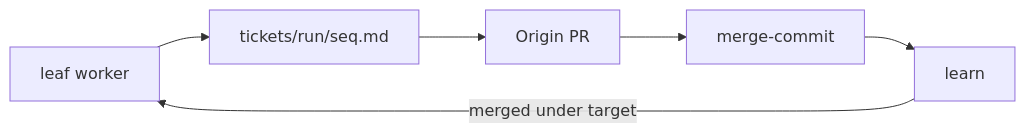
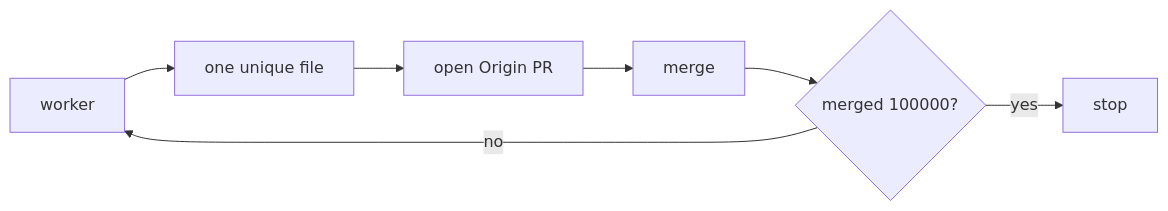
Before and after one commit to ranjan2829/Alpha-throttle-test: the second of 2 diagrams in README.md, drawn with Mermaid. The commit also changed other lines of this file and 1 other file, not shown here.

Commit message:
Put the live Origin stats table on the homepage

````diff
--- a/README.md
+++ b/README.md
@@ -45,8 +36,9 @@
 ```mermaid
 flowchart LR
-  W[leaf worker] --> F["tickets/run/seq.md"]
-  F --> PR[Origin PR]
-  PR --> M[merge-commit]
-  M --> L[learn]
-  L -->|merged under target| W
+  W[worker] --> F[one unique file]
+  F --> PR[open Origin PR]
+  PR --> M[merge]
+  M --> L{merged 100000?}
+  L -->|no| W
+  L -->|yes| S[stop]
 ```
````
